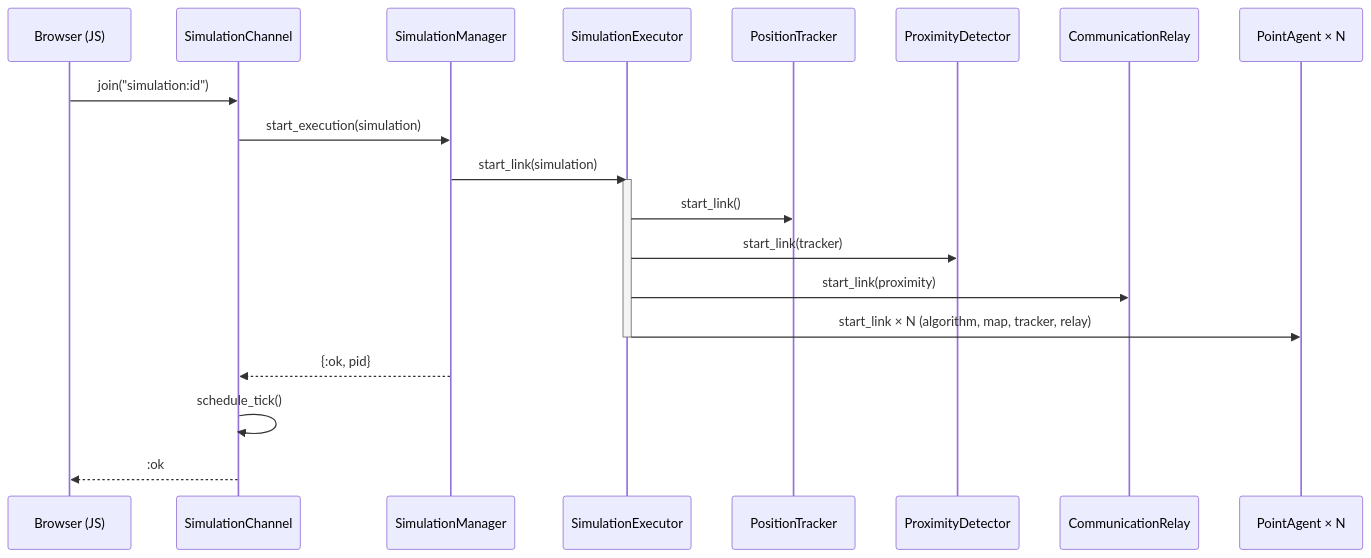
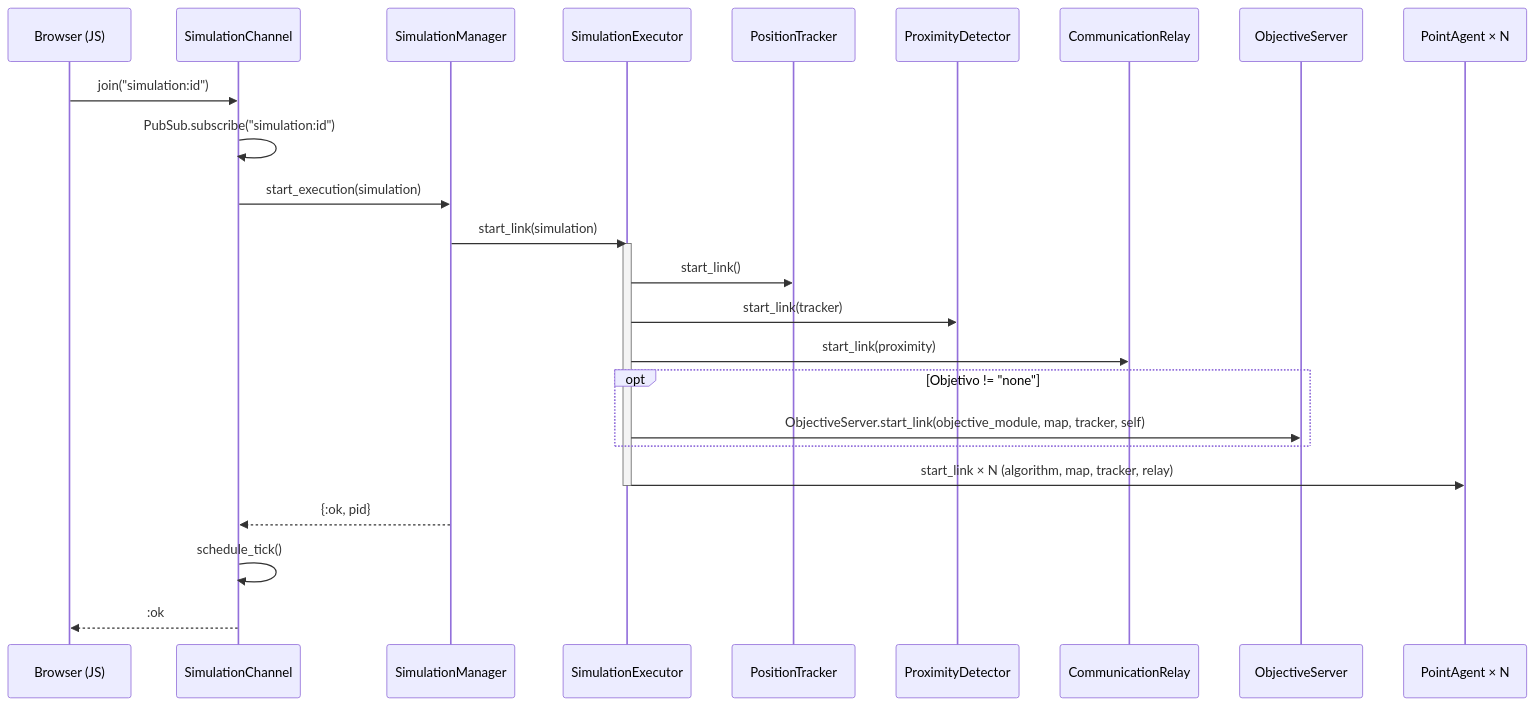
One commit to FLAGlab/Elixir-Swarm-Simulator changed the fourth of 11 diagrams in docs/data_flows.md. Above: the diagram before and after it, drawn with Mermaid. The commit also changed other lines of this file and 41 other files, not shown here.

````diff
--- a/docs/data_flows.md
+++ b/docs/data_flows.md
@@ -89,26 +101,31 @@
 ```mermaid
 sequenceDiagram
     participant JS as Browser (JS)
     participant Ch as SimulationChannel
     participant Mg as SimulationManager
     participant Ex as SimulationExecutor
     participant PT as PositionTracker
     participant PD as ProximityDetector
     participant CR as CommunicationRelay
+    participant OS as ObjectiveServer
     participant Agents as PointAgent × N
 
     JS->>Ch: join("simulation:id")
+    Ch->>Ch: PubSub.subscribe("simulation:id")
     Ch->>Mg: start_execution(simulation)
 
     Mg->>Ex: start_link(simulation)
     activate Ex
     Ex->>PT: start_link()
     Ex->>PD: start_link(tracker)
     Ex->>CR: start_link(proximity)
+    opt Objetivo != "none"
+        Ex->>OS: ObjectiveServer.start_link(objective_module, map, tracker, self)
+    end
     Ex->>Agents: start_link × N (algorithm, map, tracker, relay)
     deactivate Ex
 
     Mg-->>Ch: {:ok, pid}
     Ch->>Ch: schedule_tick()
     Ch-->>JS: :ok
 ```
````
